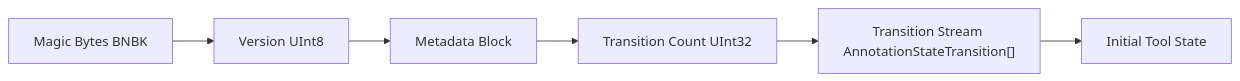
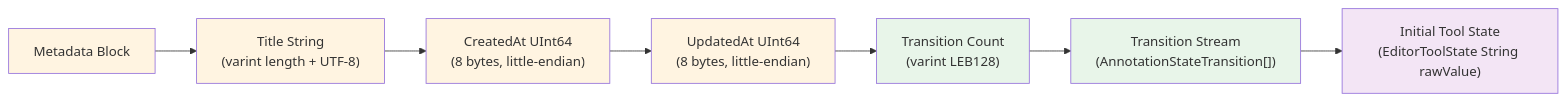
Before and after one commit to Mikedan37/DocumentExampleApp: the second of 4 diagrams in README.md, drawn with Mermaid. The commit also changed other lines of this file, not shown here.

First line of the commit message:
Fix README: remove emojis and correct BlazeBinary layout diagram

````diff
--- a/README.md
+++ b/README.md
@@ -83,15 +80,20 @@
 ```mermaid
 
 flowchart LR
 
-    A["Magic Bytes BNBK"] --> B["Version UInt8"]
-
-    B --> C["Metadata Block"]
-
-    C --> D["Transition Count UInt32"]
-
-    D --> E["Transition Stream AnnotationStateTransition[]"]
-
-    E --> F["Initial Tool State"]
+    A["Metadata Block"] --> B["Title String<br/>(varint length + UTF-8)"]
+    B --> C["CreatedAt UInt64<br/>(8 bytes, little-endian)"]
+    C --> D["UpdatedAt UInt64<br/>(8 bytes, little-endian)"]
+    D --> E["Transition Count<br/>(varint LEB128)"]
+    E --> F["Transition Stream<br/>(AnnotationStateTransition[])"]
+    F --> G["Initial Tool State<br/>(EditorToolState String rawValue)"]
+    
+    style A fill:#fff4e1
+    style B fill:#fff4e1
+    style C fill:#fff4e1
+    style D fill:#fff4e1
+    style E fill:#e8f5e9
+    style F fill:#e8f5e9
+    style G fill:#f3e5f5
 
 ```
````
